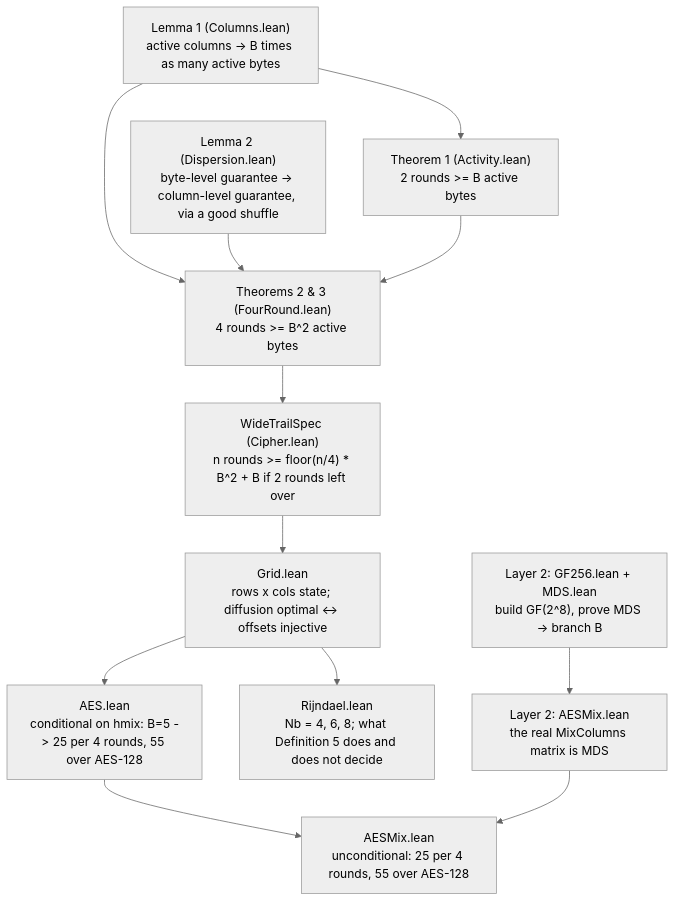
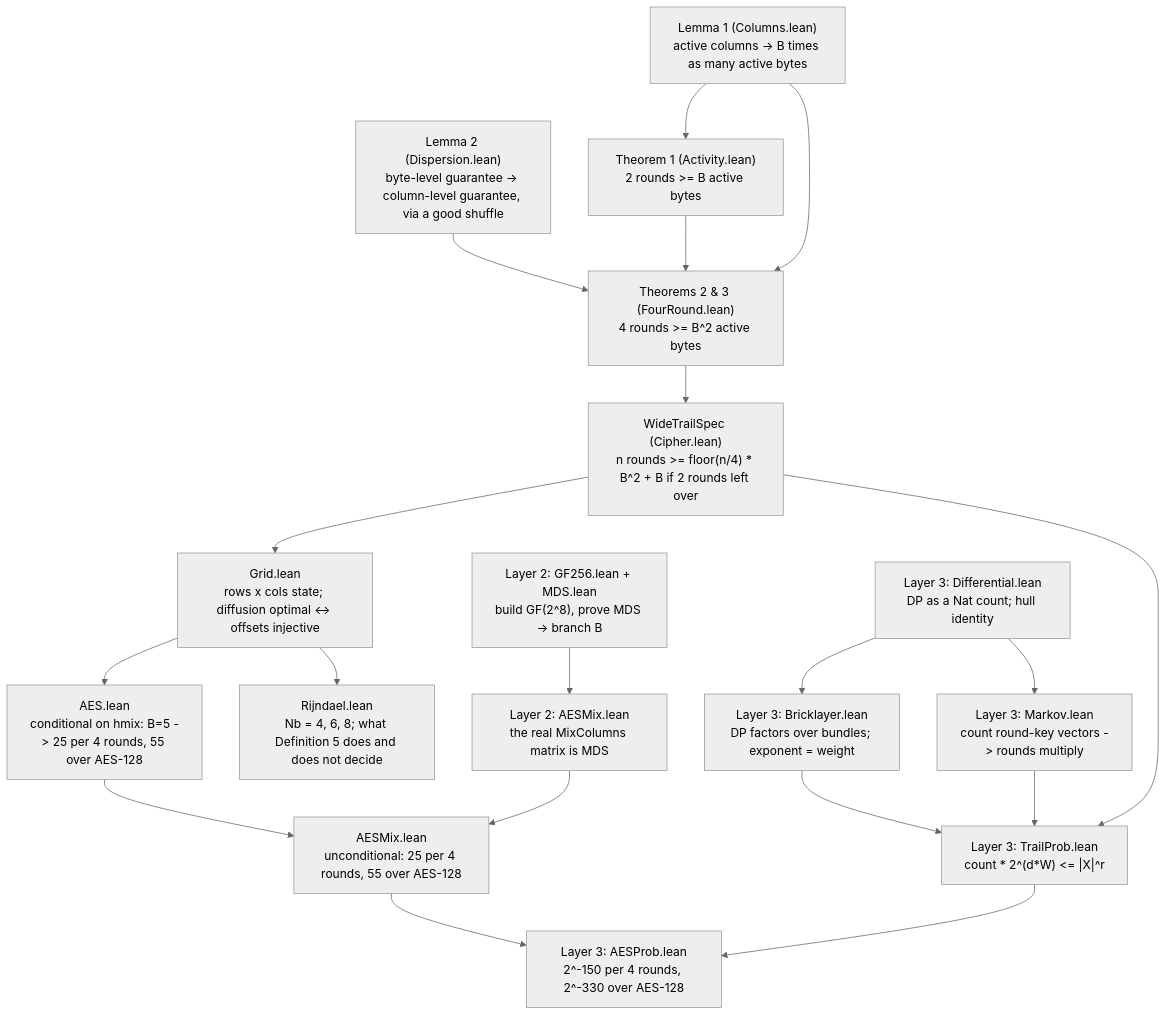
Before and after one commit to 4waan/Wide-Trail-formal-verification: the second of 2 diagrams in README.md, drawn with Mermaid (neutral theme). The commit also changed other lines of this file and 18 other files, not shown here.

Commit message:
feat(Layer3): active S-boxes to differential probability, Markov step proved not assumed

````diff
--- a/README.md
+++ b/README.md
@@ -121,26 +169,38 @@
 ```mermaid
 flowchart TD
     L1["Lemma 1 (Columns.lean)\nactive columns -> B times as many active bytes"]
     L2["Lemma 2 (Dispersion.lean)\nbyte-level guarantee -> column-level guarantee, via a good shuffle"]
     T1["Theorem 1 (Activity.lean)\n2 rounds >= B active bytes"]
     T4["Theorems 2 & 3 (FourRound.lean)\n4 rounds >= B^2 active bytes"]
     SPEC["WideTrailSpec (Cipher.lean)\nn rounds >= floor(n/4) * B^2 + B if 2 rounds left over"]
     GRID["Grid.lean\nrows x cols state; diffusion optimal <-> offsets injective"]
     AES["AES.lean\nconditional on hmix: B=5 -> 25 per 4 rounds, 55 over AES-128"]
     RIJ["Rijndael.lean\nNb = 4, 6, 8; what Definition 5 does and does not decide"]
     GFMDS["Layer 2: GF256.lean + MDS.lean\nbuild GF(2^8), prove MDS -> branch B"]
     AESMIX["Layer 2: AESMix.lean\nthe real MixColumns matrix is MDS"]
     CONCRETE["AESMix.lean\nunconditional: 25 per 4 rounds, 55 over AES-128"]
+    DIFF["Layer 3: Differential.lean\nDP as a Nat count; hull identity"]
+    BRICK["Layer 3: Bricklayer.lean\nDP factors over bundles; exponent = weight"]
+    MARKOV["Layer 3: Markov.lean\ncount round-key vectors -> rounds multiply"]
+    TPROB["Layer 3: TrailProb.lean\ncount * 2^(d*W) <= |X|^r"]
+    AESPROB["Layer 3: AESProb.lean\n2^-150 per 4 rounds, 2^-330 over AES-128"]
 
     L1 --> T1
     L1 --> T4
     L2 --> T4
     T1 --> T4
     T4 --> SPEC
     SPEC --> GRID
     GRID --> AES
     GRID --> RIJ
     GFMDS --> AESMIX
     AES --> CONCRETE
     AESMIX --> CONCRETE
+    DIFF --> BRICK
+    DIFF --> MARKOV
+    BRICK --> TPROB
+    MARKOV --> TPROB
+    SPEC --> TPROB
+    TPROB --> AESPROB
+    CONCRETE --> AESPROB
 ```
````
